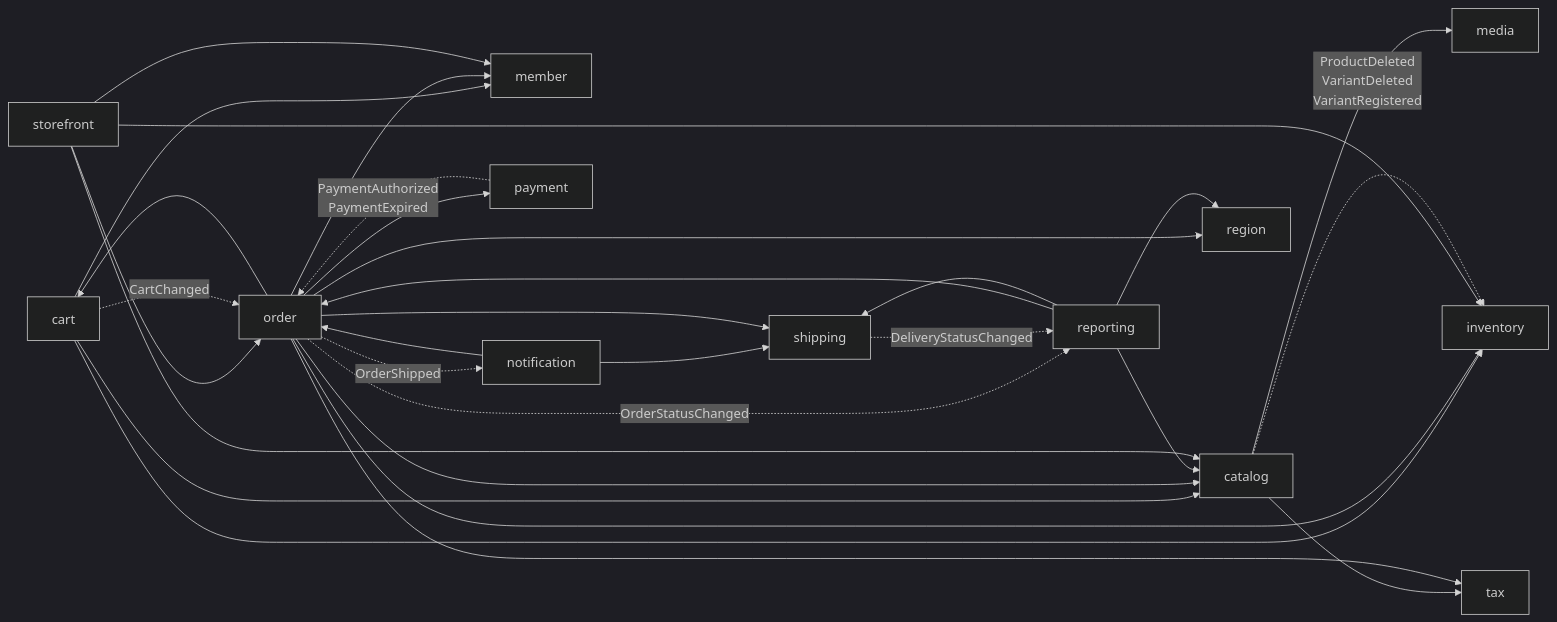
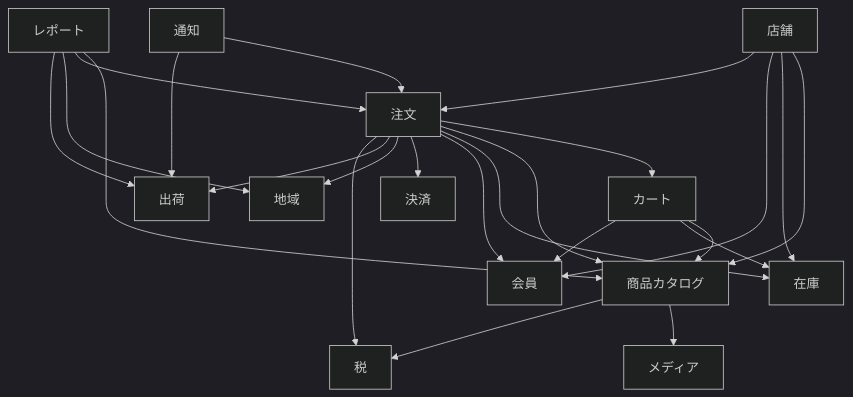
Before and after one commit to roger88106/ec-site: the first of 4 diagrams in docs/02-設計/overview.md, drawn with Mermaid (dark theme). The commit also changed other lines of this file and 6 other files, not shown here.

First line of the commit message:
docs: 全体構成の図を 4 つに分け、日本語の名前で描く（T326-07-06）

````diff
--- a/docs/02-設計/overview.md
+++ b/docs/02-設計/overview.md
@@ -14,45 +17,39 @@
 ```mermaid
-flowchart LR
-    cart
-    catalog
-    inventory
-    media
-    member
-    notification
-    order
-    payment
-    region
-    reporting
-    shipping
-    storefront
-    tax
+flowchart TB
+    cart["カート"]
+    catalog["商品カタログ"]
+    inventory["在庫"]
+    media["メディア"]
+    member["会員"]
+    notification["通知"]
+    order["注文"]
+    payment["決済"]
+    region["地域"]
+    reporting["レポート"]
+    shipping["出荷"]
+    storefront["店舗"]
+    tax["税"]
     cart --> catalog
     cart --> inventory
     cart --> member
     catalog --> media
     catalog --> tax
     notification --> order
     notification --> shipping
     order --> cart
     order --> catalog
     order --> inventory
     order --> member
     order --> payment
     order --> region
     order --> shipping
     order --> tax
     reporting --> catalog
     reporting --> order
     reporting --> region
     reporting --> shipping
     storefront --> catalog
     storefront --> inventory
     storefront --> member
     storefront --> order
-    cart -. CartChanged .-> order
-    catalog -. ProductDeleted<br>VariantDeleted<br>VariantRegistered .-> inventory
-    order -. OrderShipped .-> notification
-    order -. OrderStatusChanged .-> reporting
-    payment -. PaymentAuthorized<br>PaymentExpired .-> order
-    shipping -. DeliveryStatusChanged .-> reporting
 ```
````
